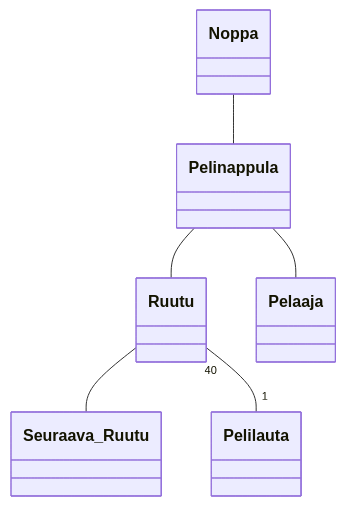
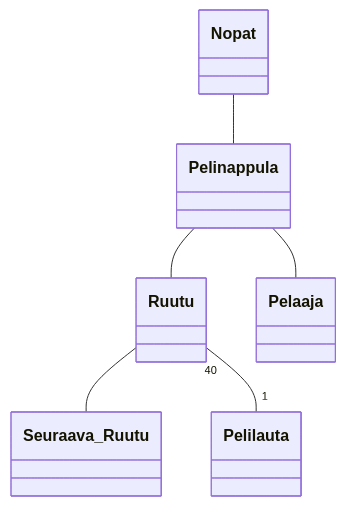
Before and after one commit to sohvip/ot-harjoitustyo: the diagram in laskarit/viikko3/monopoli_luokkakaavio.md, drawn with Mermaid.

````diff
--- a/laskarit/viikko3/monopoli_luokkakaavio.md
+++ b/laskarit/viikko3/monopoli_luokkakaavio.md
@@ -1,9 +1,9 @@
 ```mermaid
   classDiagram
-      Noppa -- Pelinappula
+      Nopat -- Pelinappula
       Pelinappula -- Ruutu
       Pelinappula -- Pelaaja
       Ruutu -- Seuraava_Ruutu
       Ruutu "40" -- "1" Pelilauta
       
 ```
````
